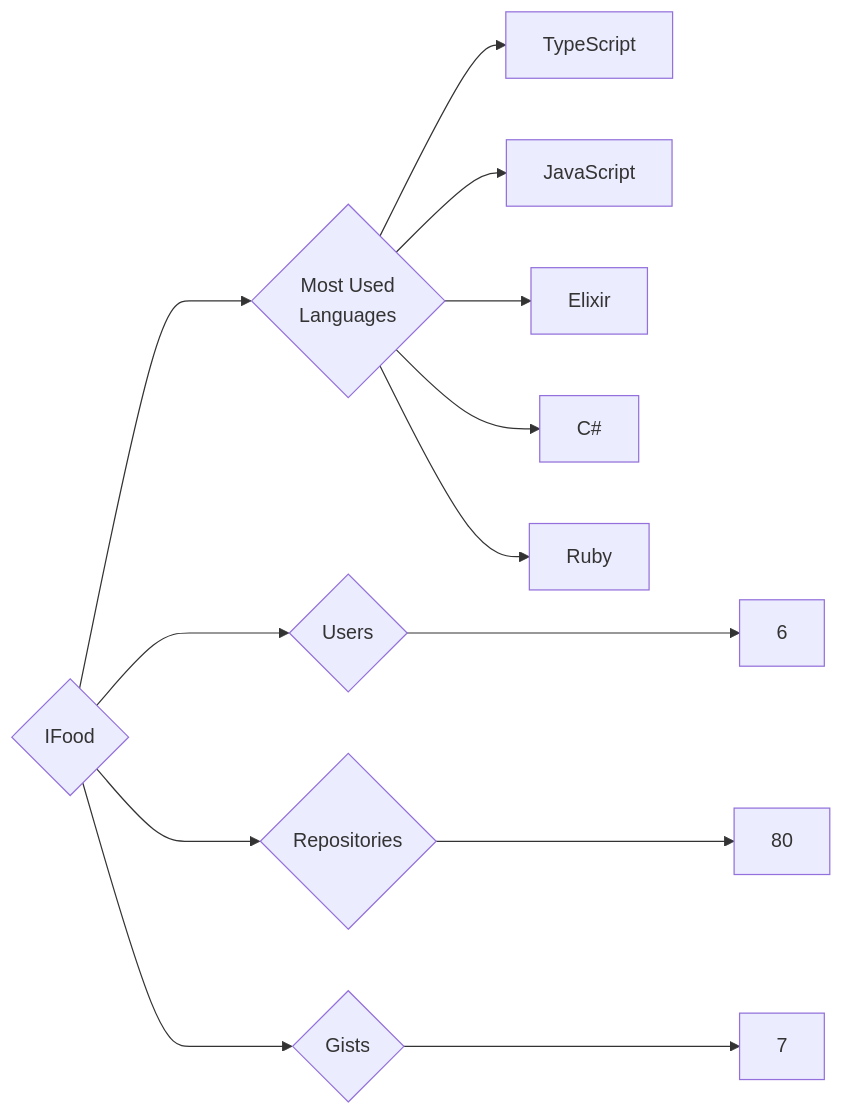
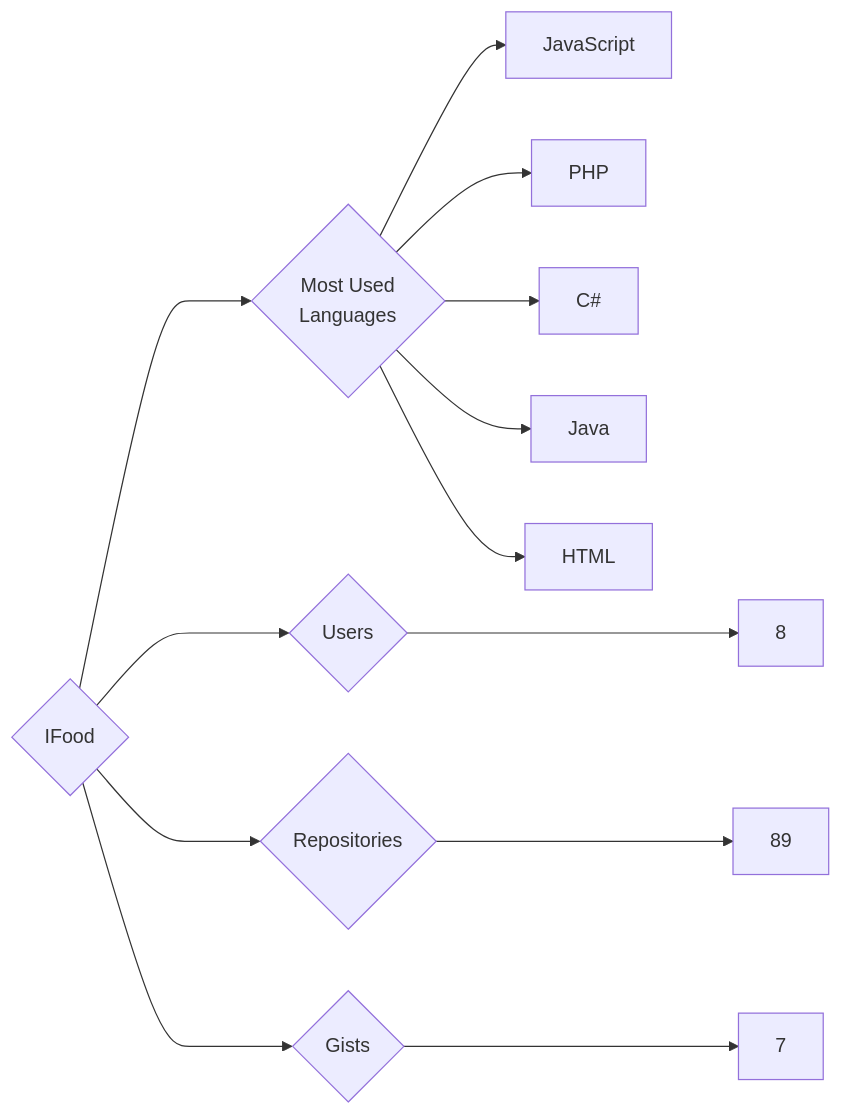
Before and after one commit to trickest/insiders: the diagram in targets/IFood/README.md, drawn with Mermaid. The commit also changed 942 other files, not shown here.

````diff
--- a/targets/IFood/README.md
+++ b/targets/IFood/README.md
@@ -3,13 +3,13 @@
 ```mermaid
 graph LR
 COMPANY_NAME{IFood}
-COMPANY_NAME ---> U{Users} ---> UN[6]
-COMPANY_NAME ---> R{Repositories} ---> RN[80]
+COMPANY_NAME ---> U{Users} ---> UN[8]
+COMPANY_NAME ---> R{Repositories} ---> RN[89]
 COMPANY_NAME ---> G{Gists} ---> GN[7]
 COMPANY_NAME ---> ML{Most Used<br>Languages}
-ML --> TypeScript[TypeScript]
 ML --> JavaScript[JavaScript]
-ML --> Elixir[Elixir]
+ML --> PHP[PHP]
 ML --> C#[C#]
-ML --> Ruby[Ruby]
+ML --> Java[Java]
+ML --> HTML[HTML]
 ```
````
